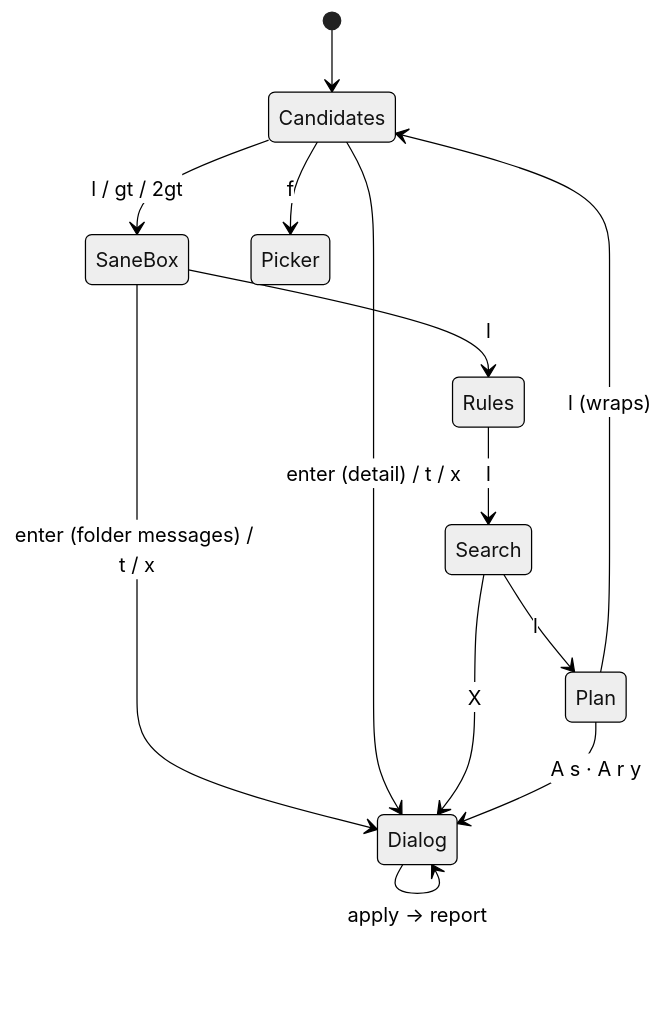
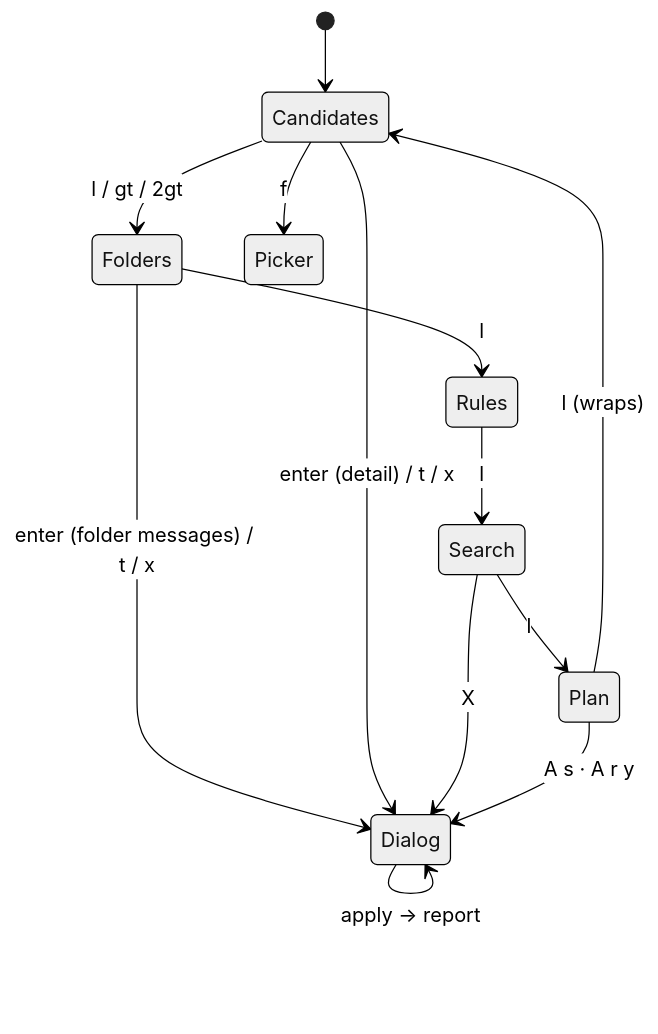
One commit to jfryman/sluice changed the diagram in lode/tui/summary.md. Above: the diagram before and after it, drawn with Mermaid (neutral theme). The commit also changed other lines of this file and 13 other files, not shown here.

First line of the commit message:
Rename the SaneBox tab to Folders and include Archive

````diff
--- a/lode/tui/summary.md
+++ b/lode/tui/summary.md
@@ -13,15 +13,15 @@
 ```mermaid
 stateDiagram-v2
   [*] --> Candidates
-  Candidates --> SaneBox: l / gt / 2gt
-  SaneBox --> Rules: l
-  SaneBox --> Dialog: enter (folder messages) / t / x
+  Candidates --> Folders: l / gt / 2gt
+  Folders --> Rules: l
+  Folders --> Dialog: enter (folder messages) / t / x
   Rules --> Search: l
   Search --> Plan: l
   Plan --> Candidates: l (wraps)
   Candidates --> Dialog: enter (detail) / t / x
   Candidates --> Picker: f
   Search --> Dialog: X
   Plan --> Dialog: A s · A r y
   Dialog --> Dialog: apply → report
 ```
````
